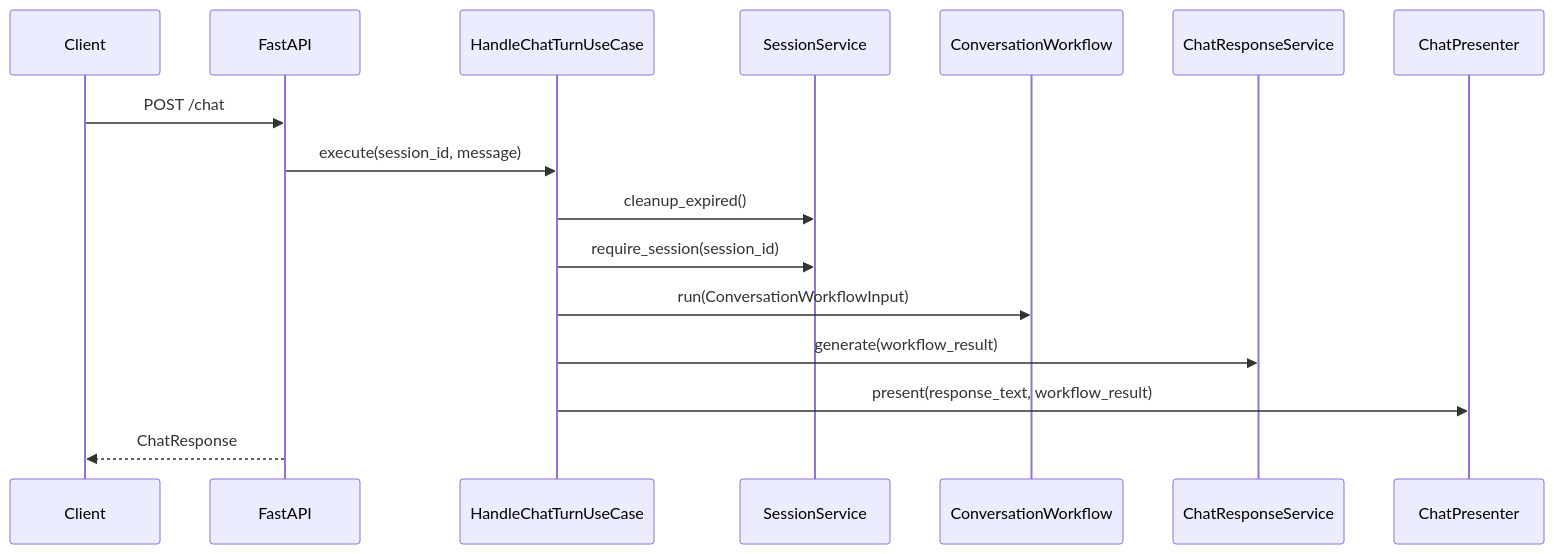
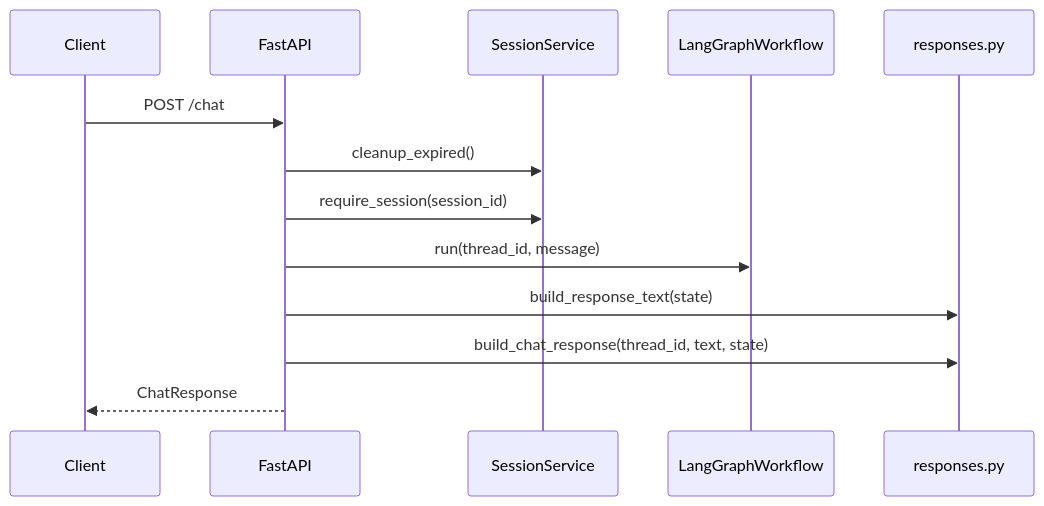
The third of 3 diagrams in docs/architecture.md (ktakanopy/appointment-bot), drawn with Mermaid before and after one commit. The commit also changed other lines of this file and 98 other files, not shown here.

First line of the commit message:
Simplify runtime architecture and align delivery docs.

````diff
--- a/docs/architecture.md
+++ b/docs/architecture.md
@@ -157,19 +132,16 @@
 ```mermaid
 sequenceDiagram
     participant client as Client
     participant api as FastAPI
-    participant uc as HandleChatTurnUseCase
     participant sessionSvc as SessionService
-    participant workflow as ConversationWorkflow
-    participant responseSvc as ChatResponseService
-    participant presenter as ChatPresenter
+    participant workflow as LangGraphWorkflow
+    participant responses as responses.py
 
     client->>api: POST /chat
-    api->>uc: execute(session_id, message)
-    uc->>sessionSvc: cleanup_expired()
-    uc->>sessionSvc: require_session(session_id)
-    uc->>workflow: run(ConversationWorkflowInput)
-    uc->>responseSvc: generate(workflow_result)
-    uc->>presenter: present(response_text, workflow_result)
+    api->>sessionSvc: cleanup_expired()
+    api->>sessionSvc: require_session(session_id)
+    api->>workflow: run(thread_id, message)
+    api->>responses: build_response_text(state)
+    api->>responses: build_chat_response(thread_id, text, state)
     api-->>client: ChatResponse
 ```
````
